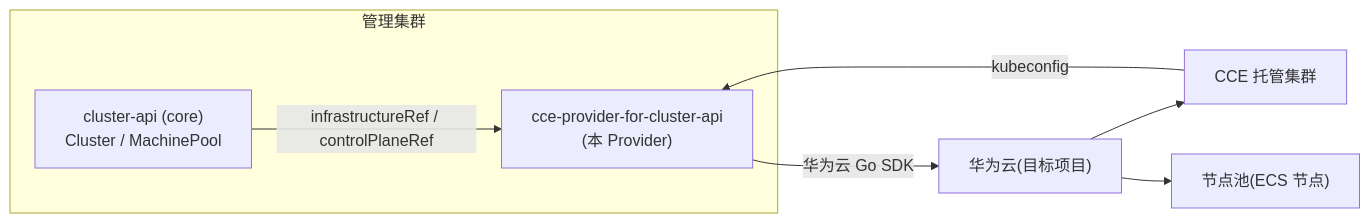
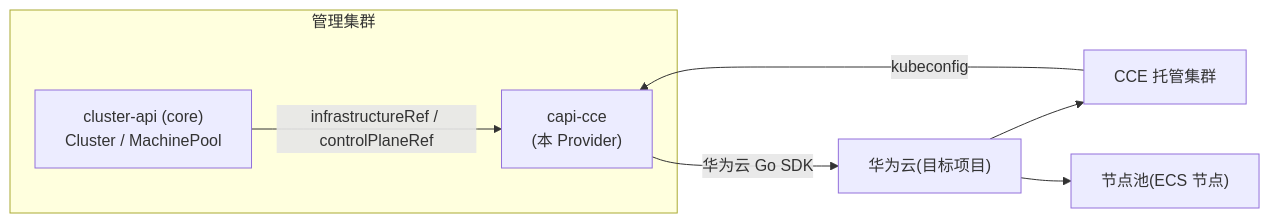
The diagram in README.zh-CN.md (weimantian/cloudnative-cluster-api-provider-cce), drawn with Mermaid before and after one commit. The commit also changed other lines of this file and 30 other files, not shown here.

````diff
--- a/README.zh-CN.md
+++ b/README.zh-CN.md
@@ -110,12 +110,12 @@
 ```mermaid
 flowchart LR
     subgraph MGMT["管理集群"]
         CAPI["cluster-api (core)<br/>Cluster / MachinePool"]
-        P["cce-provider-for-cluster-api<br/>(本 Provider)"]
+        P["capi-cce<br/>(本 Provider)"]
         CAPI -->|infrastructureRef / controlPlaneRef| P
     end
     P -->|华为云 Go SDK| HW["华为云(目标项目)"]
     HW --> CCE["CCE 托管集群"]
     HW --> NP["节点池(ECS 节点)"]
     CCE -->|kubeconfig| P
 ```
````
